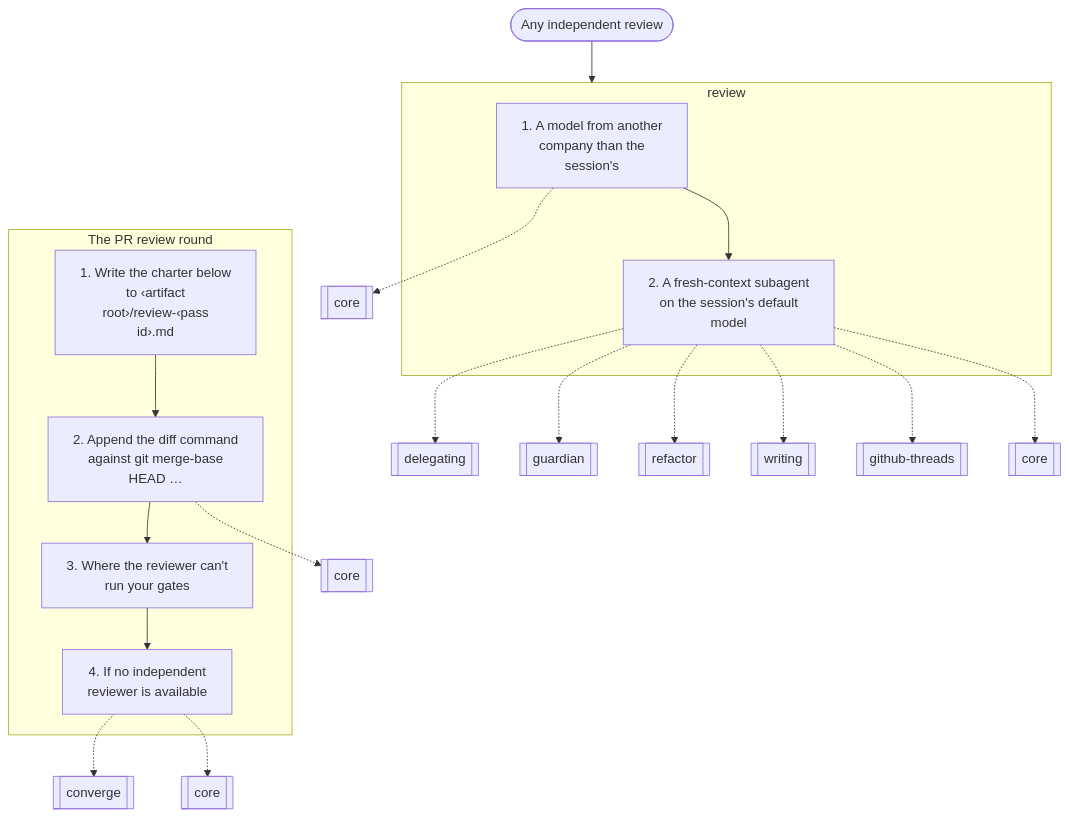
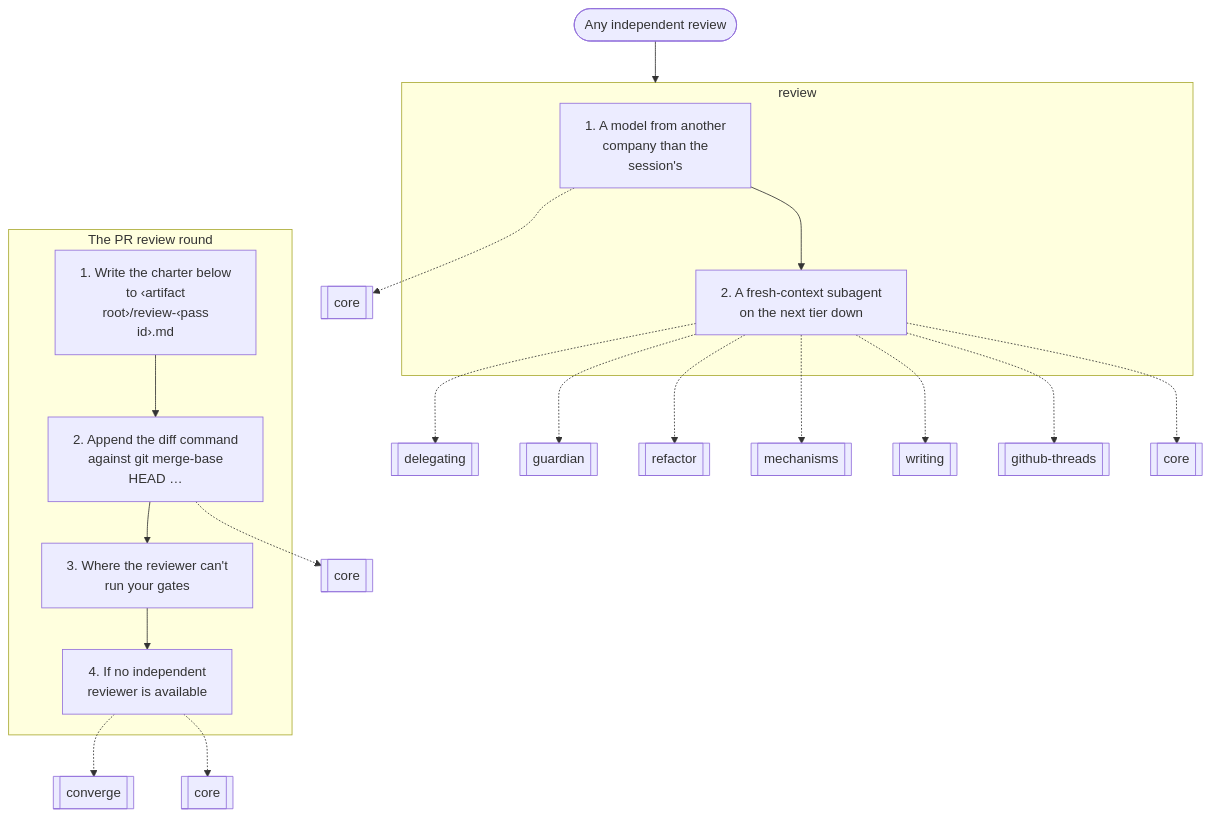
Before and after one commit to nitedani/mergeworthy: diagram 15 of 17 in docs/graphs.md, drawn with Mermaid. The commit also changed other lines of this file and 4 other files, not shown here.

Commit message:
Green CI: regenerate docs/graphs.md, and tests/all.sh runs every CI check before a push

````diff
--- a/docs/graphs.md
+++ b/docs/graphs.md
@@ -418,30 +426,31 @@
 ```mermaid
 flowchart TB
   start(["Any independent review"])
   subgraph g0["review"]
     s0["1. A model from another<br/>company than the<br/>session's"]
-    s1["2. A fresh-context subagent<br/>on the session's default<br/>model"]
+    s1["2. A fresh-context subagent<br/>on the next tier down"]
     s0 --> s1
   end
   s0 -.-> r1[["core"]]
   s1 -.-> r2[["delegating"]]
   s1 -.-> r3[["guardian"]]
   s1 -.-> r4[["refactor"]]
-  s1 -.-> r5[["writing"]]
-  s1 -.-> r6[["github-threads"]]
-  s1 -.-> r7[["core"]]
+  s1 -.-> r5[["mechanisms"]]
+  s1 -.-> r6[["writing"]]
+  s1 -.-> r7[["github-threads"]]
+  s1 -.-> r8[["core"]]
   subgraph g1["The PR review round"]
     s2["1. Write the charter below<br/>to ‹artifact<br/>root›/review-‹pass<br/>id›.md"]
     s3["2. Append the diff command<br/>against git merge-base<br/>HEAD …"]
     s2 --> s3
     s4["3. Where the reviewer can't<br/>run your gates"]
     s3 --> s4
     s5["4. If no independent<br/>reviewer is available"]
     s4 --> s5
   end
-  s3 -.-> r8[["core"]]
-  s5 -.-> r9[["converge"]]
-  s5 -.-> r10[["core"]]
+  s3 -.-> r9[["core"]]
+  s5 -.-> r10[["converge"]]
+  s5 -.-> r11[["core"]]
   start --> g0
   g0 ~~~ g1
 ```
````
